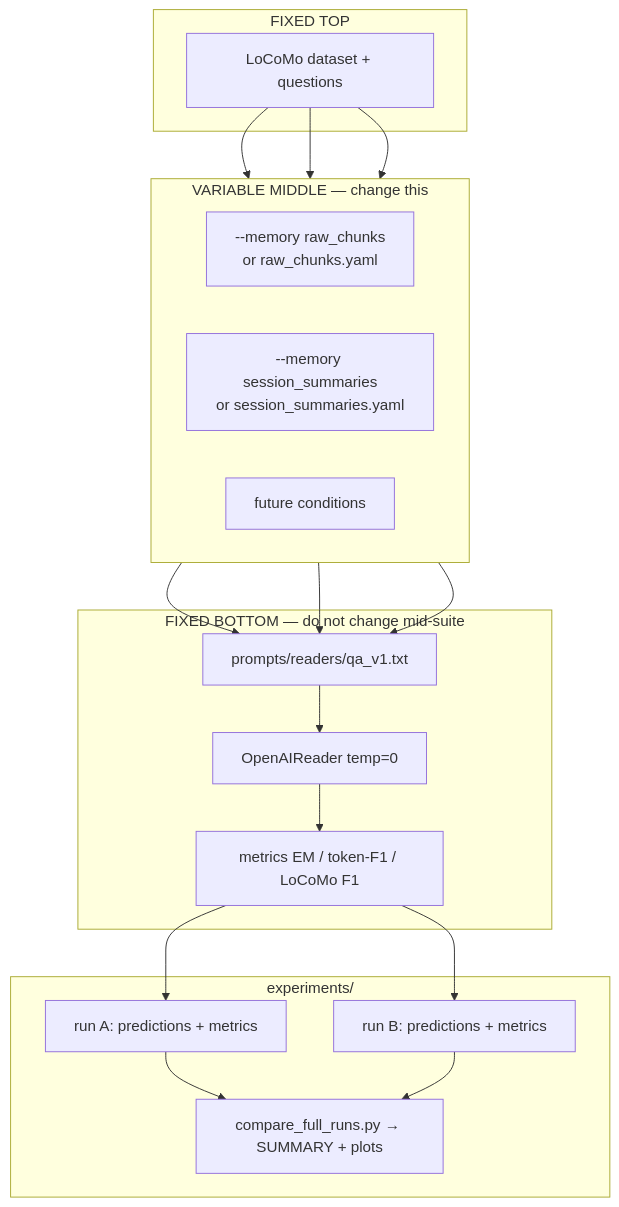
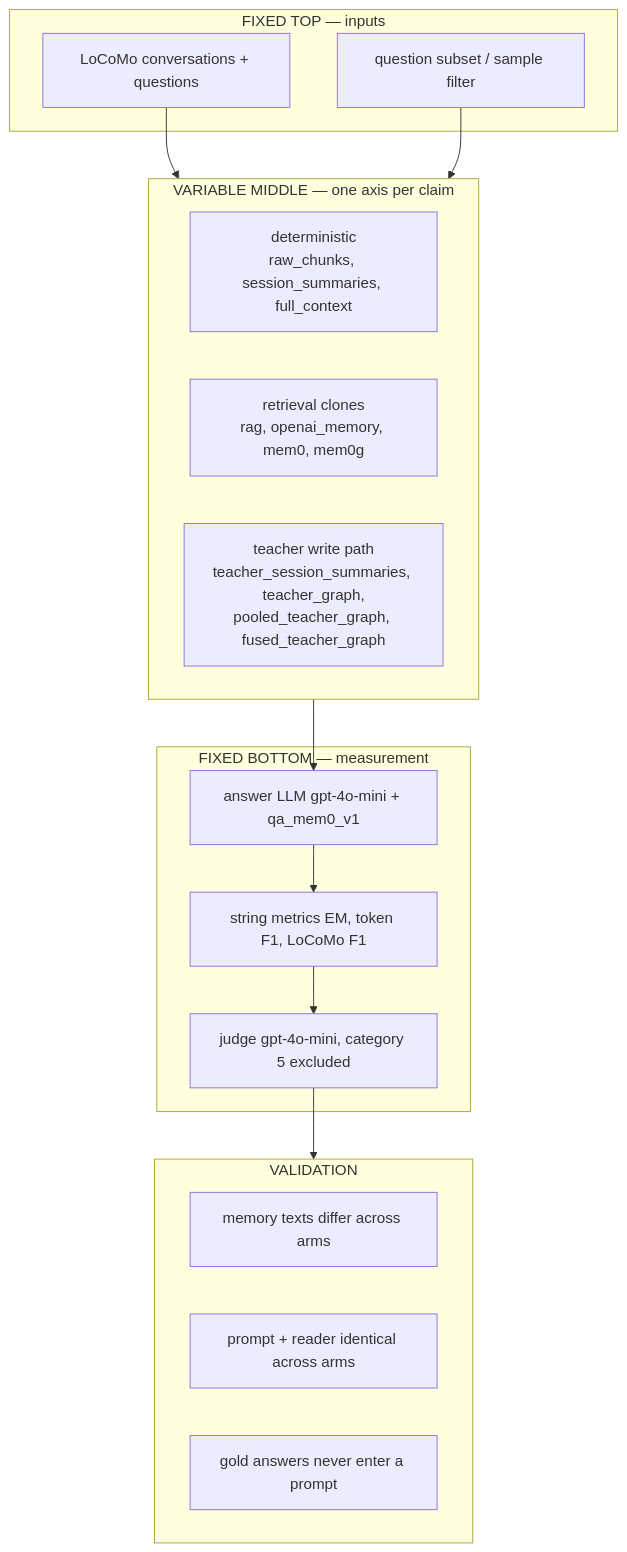
One commit to park-jsdev/long-term-memory-eval changed the fourth of 12 diagrams in README.md. Above: the diagram before and after it, drawn with Mermaid. The commit also changed other lines of this file and 127 other files, not shown here.

Commit message:
documentation, experimentation architecture, model family comparison configs, analysis

````diff
--- a/README.md
+++ b/README.md
@@ -119,38 +207,31 @@
 ```mermaid
 flowchart TB
-  subgraph FrozenTop["FIXED TOP"]
-    D["LoCoMo dataset + questions"]
+  subgraph TOP["FIXED TOP — inputs"]
+    T1["LoCoMo conversations + questions"]
+    T2["question subset / sample filter"]
   end
 
-  subgraph Variable["VARIABLE MIDDLE — change this"]
+  subgraph MID["VARIABLE MIDDLE — one axis per claim"]
     direction LR
-    M0["--memory raw_chunks\nor raw_chunks.yaml"]
-    M1["--memory session_summaries\nor session_summaries.yaml"]
-    MX["future conditions"]
+    M1["deterministic<br/>raw_chunks, session_summaries, full_context"]
+    M2["retrieval clones<br/>rag, openai_memory, mem0, mem0g"]
+    M3["teacher write path<br/>teacher_session_summaries, teacher_graph,<br/>pooled_teacher_graph, fused_teacher_graph"]
   end
 
-  subgraph FrozenBottom["FIXED BOTTOM — do not change mid-suite"]
-    P["prompts/readers/qa_v1.txt"]
-    R["OpenAIReader temp=0"]
-    S["metrics EM / token-F1 / LoCoMo F1"]
+  subgraph BOT["FIXED BOTTOM — measurement"]
+    B1["answer LLM gpt-4o-mini + qa_mem0_v1"]
+    B2["string metrics EM, token F1, LoCoMo F1"]
+    B3["judge gpt-4o-mini, category 5 excluded"]
   end
 
-  subgraph Artifacts["experiments/"]
-    A["run A: predictions + metrics"]
-    B["run B: predictions + metrics"]
-    C["compare_full_runs.py → SUMMARY + plots"]
+  subgraph VAL["VALIDATION"]
+    V1["memory texts differ across arms"]
+    V2["prompt + reader identical across arms"]
+    V3["gold answers never enter a prompt"]
   end
 
-  D --> M0
-  D --> M1
-  D --> MX
-  M0 --> P
-  M1 --> P
-  MX --> P
-  P --> R
-  R --> S
-  S --> A
-  S --> B
-  A --> C
-  B --> C
+  T1 --> MID
+  T2 --> MID
+  MID --> B1 --> B2 --> B3
+  B3 --> VAL
 ```
````
